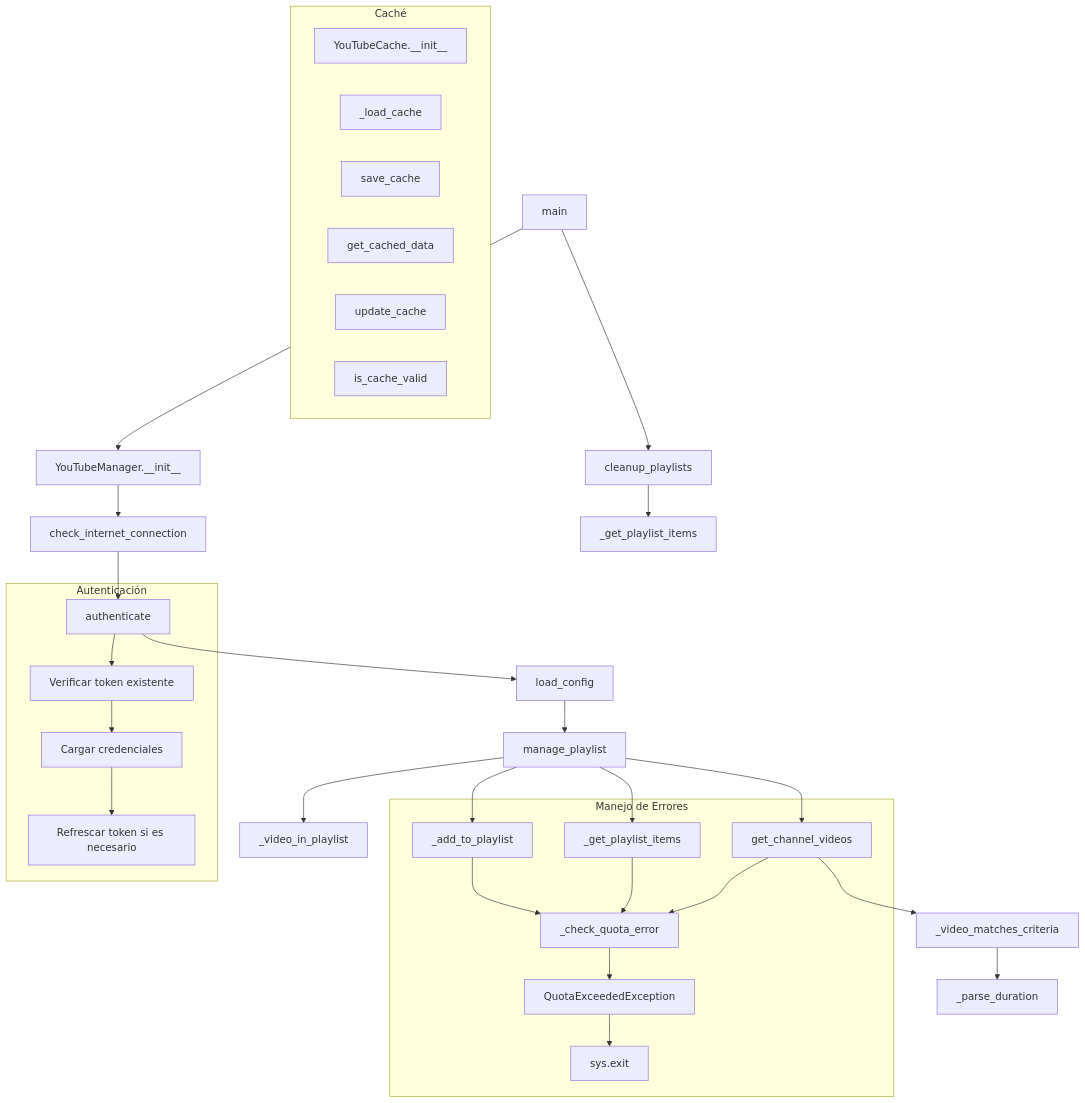
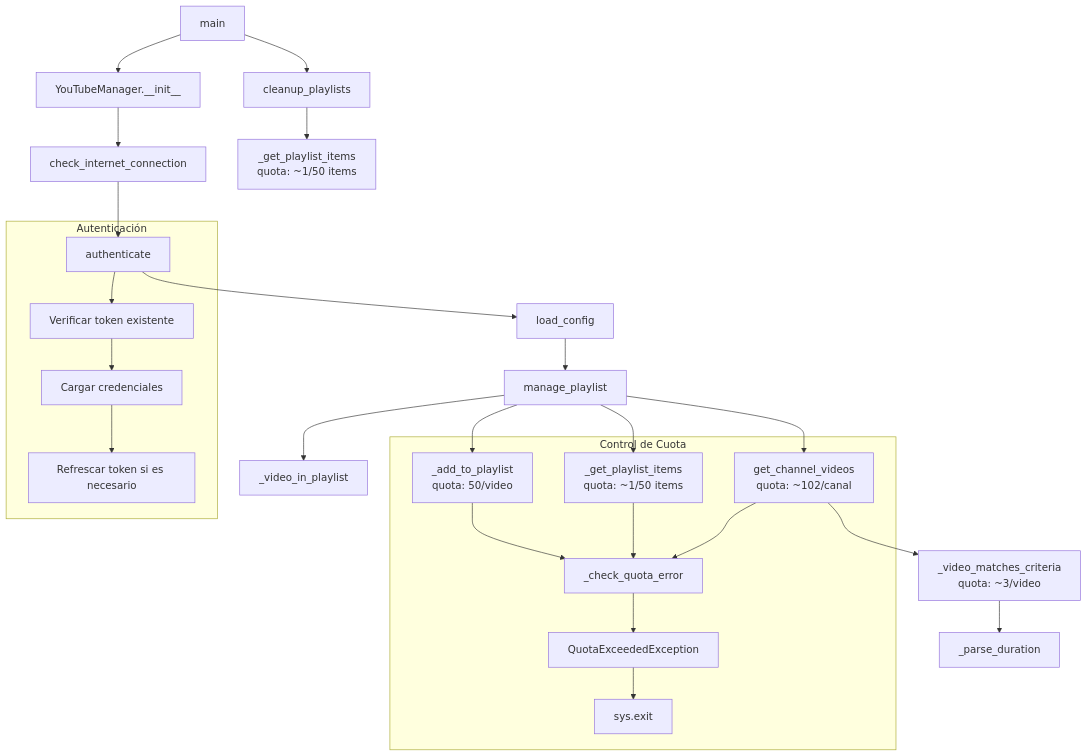
The diagram in README.md (hfsotomayor/YouTubeAutoList), drawn with Mermaid before and after one commit. The commit also changed other lines of this file and 1 other file, not shown here.

Commit message:
se mejor el control de errores, uso de API cuota, y deteccion de short

````diff
--- a/README.md
+++ b/README.md
@@ -74,41 +83,33 @@
 ```mermaid
 graph TD
     A[main] --> B[YouTubeManager.__init__]
     B --> C[check_internet_connection]
     C --> D[authenticate]
     D --> E[load_config]
     E --> F[manage_playlist]
-    F --> G[get_channel_videos]
-    G --> H[_video_matches_criteria]
+    F --> G[get_channel_videos<br/>quota: ~102/canal]
+    G --> H[_video_matches_criteria<br/>quota: ~3/video]
     H --> I[_parse_duration]
-    F --> J[_get_playlist_items]
+    F --> J[_get_playlist_items<br/>quota: ~1/50 items]
     F --> K[_video_in_playlist]
-    F --> L[_add_to_playlist]
+    F --> L[_add_to_playlist<br/>quota: 50/video]
     A --> M[cleanup_playlists]
-    M --> N[_get_playlist_items]
+    M --> N[_get_playlist_items<br/>quota: ~1/50 items]
     
-    %% Nuevo subgraph para manejo de errores
-    subgraph "Manejo de Errores"
+    %% Manejo de Errores y Cuota
+    subgraph "Control de Cuota"
         QE[_check_quota_error]
         G --> QE
         J --> QE
         L --> QE
         QE --> X[QuotaExceededException]
         X --> Y[sys.exit]
     end
-    
-    subgraph "Caché"
-        O[YouTubeCache.__init__]
-        P[_load_cache]
-        Q[save_cache]
-        R[get_cached_data]
-        S[update_cache]
-        T[is_cache_valid]
-    end
 
     subgraph "Autenticación"
         D --> U[Verificar token existente]
         U --> V[Cargar credenciales]
         V --> W[Refrescar token si es necesario]
     end
+
 ```
````
